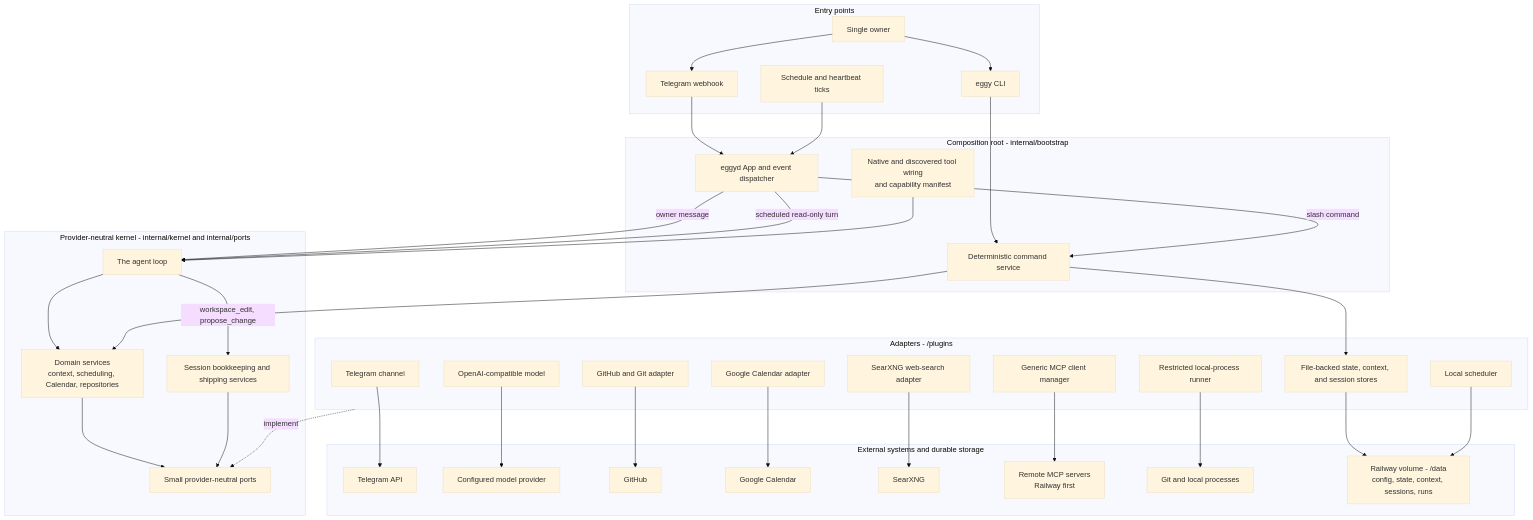
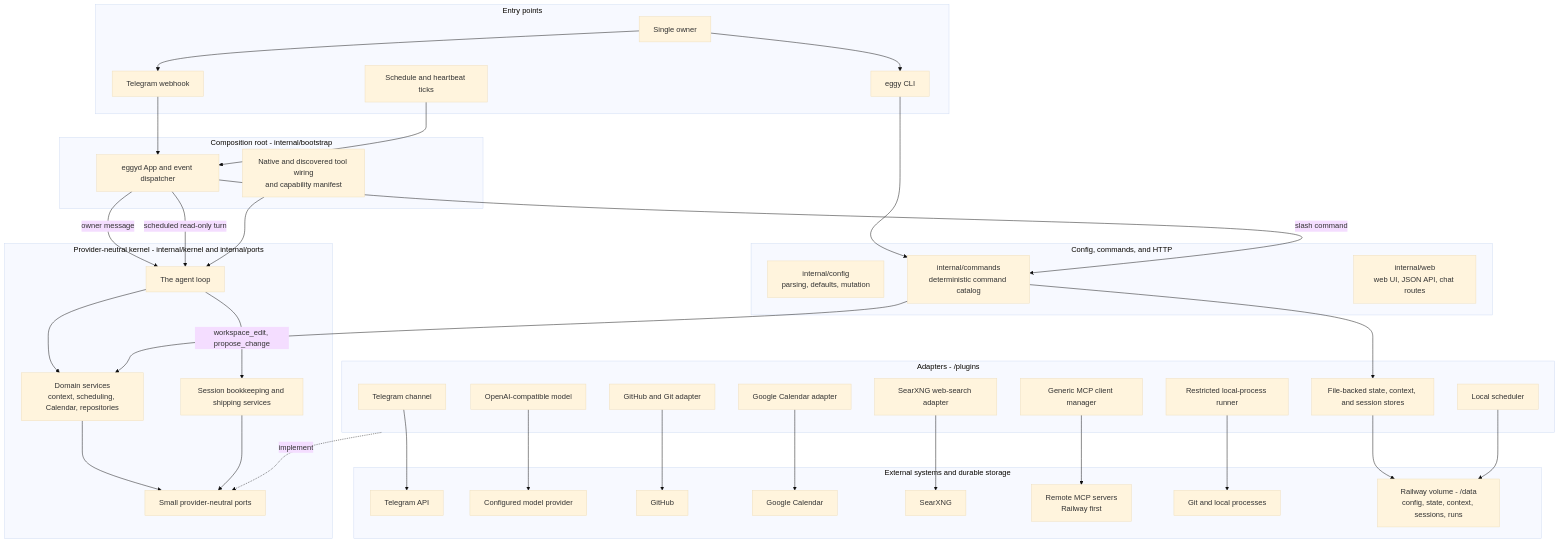
One commit to nigelteosw/eggy changed the diagram in docs/ARCHITECTURE.md. Above: the diagram before and after it, drawn with Mermaid (base theme). The commit also changed other lines of this file and 87 other files, not shown here.

First line of the commit message:
Reorganize bootstrap: extract commands, config, web

````diff
--- a/docs/ARCHITECTURE.md
+++ b/docs/ARCHITECTURE.md
@@ -23,76 +31,81 @@
 ```mermaid
 flowchart TB
     subgraph entry[Entry points]
         owner[Single owner]
         telegram[Telegram webhook]
         cli[eggy CLI]
         clock[Schedule and heartbeat ticks]
 
         owner --> telegram
         owner --> cli
     end
 
     subgraph composition[Composition root - internal/bootstrap]
         daemon[eggyd App and event dispatcher]
-        commands[Deterministic command service]
         registry[Native and discovered tool wiring<br/>and capability manifest]
+    end
+
+    subgraph surfaces[Config, commands, and HTTP]
+        settings[internal/config<br/>parsing, defaults, mutation]
+        commands[internal/commands<br/>deterministic command catalog]
+        httpapi[internal/web<br/>web UI, JSON API, chat routes]
     end
 
     telegram --> daemon
     clock --> daemon
     cli --> commands
     daemon -->|slash command| commands
 
     subgraph kernel[Provider-neutral kernel - internal/kernel and internal/ports]
         outer[The agent loop]
         services[Domain services<br/>context, scheduling, Calendar, repositories]
         coding[Session bookkeeping and shipping services]
         ports[Small provider-neutral ports]
 
         outer --> services
         outer -->|workspace_edit, propose_change| coding
         services --> ports
         coding --> ports
     end
 
     daemon -->|owner message| outer
     daemon -->|scheduled read-only turn| outer
     commands --> services
     registry --> outer
 
     subgraph adapters[Adapters - /plugins]
         channelAdapter[Telegram channel]
         modelAdapter[OpenAI-compatible model]
         repositoryAdapter[GitHub and Git adapter]
         runnerAdapter[Restricted local-process runner]
         calendarAdapter[Google Calendar adapter]
         searchAdapter[SearXNG web-search adapter]
         mcpAdapter[Generic MCP client manager]
         stores[File-backed state, context, and session stores]
         schedulerAdapter[Local scheduler]
     end
 
     adapters -. implement .-> ports
     commands --> stores
 
     subgraph systems[External systems and durable storage]
         telegramAPI[Telegram API]
         modelAPI[Configured model provider]
         github[GitHub]
         google[Google Calendar]
         searxng[SearXNG]
         mcpServers[Remote MCP servers<br/>Railway first]
         process[Git and local processes]
         data[Railway volume - /data<br/>config, state, context, sessions, runs]
     end
 
     channelAdapter --> telegramAPI
     modelAdapter --> modelAPI
     repositoryAdapter --> github
     runnerAdapter --> process
     calendarAdapter --> google
     searchAdapter --> searxng
     mcpAdapter --> mcpServers
     stores --> data
     schedulerAdapter --> data
 ```
````
